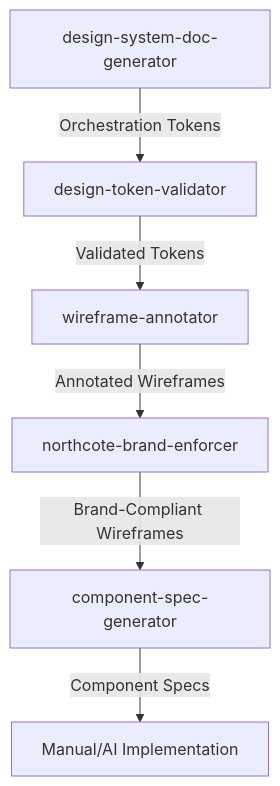
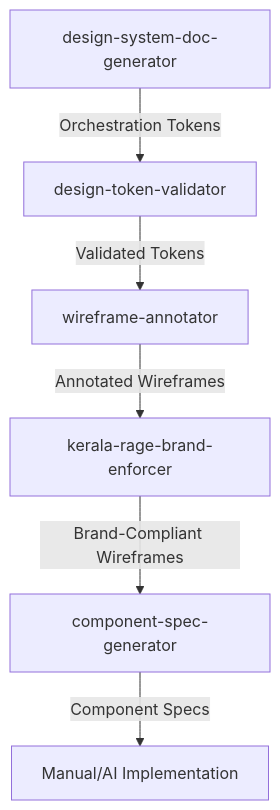
Before and after one commit to okgoogle13/careercopilot: the diagram in docs/design/design-to-code-workflow.md, drawn with Mermaid. The commit also changed other lines of this file and 507 other files, not shown here.

Commit message:
chore: complete migration from Northcote to Kerala Rage design system

````diff
--- a/docs/design/design-to-code-workflow.md
+++ b/docs/design/design-to-code-workflow.md
@@ -11,8 +11,8 @@
 ```mermaid
 graph TD
     A[design-system-doc-generator] -->|Orchestration Tokens| B[design-token-validator]
     B -->|Validated Tokens| C[wireframe-annotator]
-    C -->|Annotated Wireframes| D[northcote-brand-enforcer]
+    C -->|Annotated Wireframes| D[kerala-rage-brand-enforcer]
     D -->|Brand-Compliant Wireframes| E[component-spec-generator]
     E -->|Component Specs| F[Manual/AI Implementation]
 ```
````
